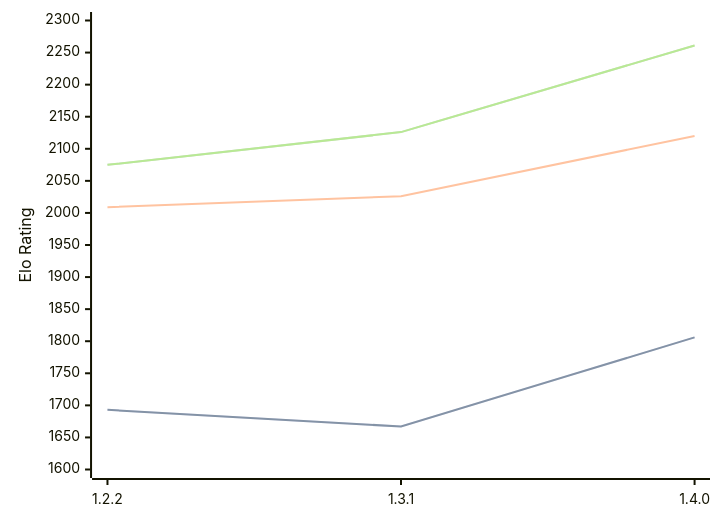
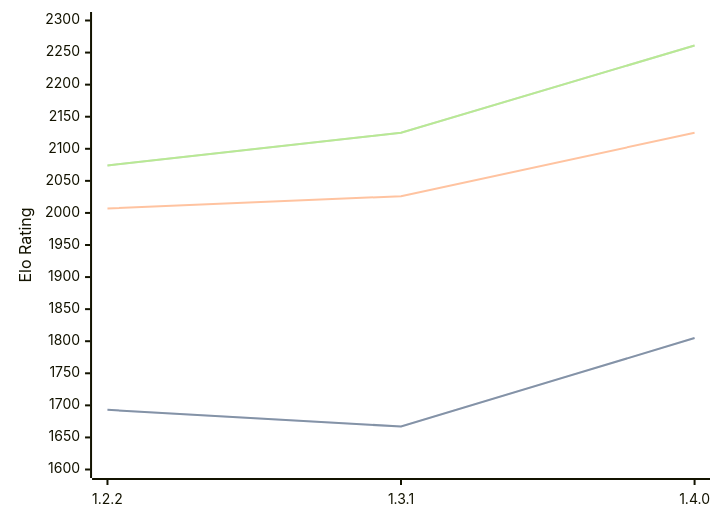
One commit to computer-chess-index/cci changed the diagram in engines/SoloEngine.md. Above: the diagram before and after it, drawn with Mermaid. The commit also changed other lines of this file, not shown here.

Commit message:
Update CCI Ratings (ELO VLTC) - 2026-03-01

````diff
--- a/engines/SoloEngine.md
+++ b/engines/SoloEngine.md
@@ -31,11 +31,11 @@
 ```mermaid
 %%{init: {"theme":"base","themeVariables":{"seriesColors:['#a3a3a3','#222221','#faa371']}}}%%
 xychart-beta
   x-axis ["1.2.2", "1.3.1", "1.4.0"]
   y-axis "Elo Rating" 1600 --> 2300
-  line "STC (8.0+0.08s)" [1693, 1667, 1806]
-  line "STC (8.0+0.08s)" [1693, 1667, 1806]
-  line "LTC (60.0+0.60s)" [2009, 2026, 2120]
-  line "VLTC (2m24s+1.12s)" [2075, 2126, 2261]
-  line "VLTC (2m24s+1.12s)" [2075, 2126, 2261]
+  line "STC (8.0+0.08s)" [1693, 1667, 1805]
+  line "STC (8.0+0.08s)" [1693, 1667, 1805]
+  line "LTC (60.0+0.60s)" [2007, 2026, 2125]
+  line "VLTC (2m24s+1.12s)" [2074, 2125, 2261]
+  line "VLTC (2m24s+1.12s)" [2074, 2125, 2261]
 ```
````
